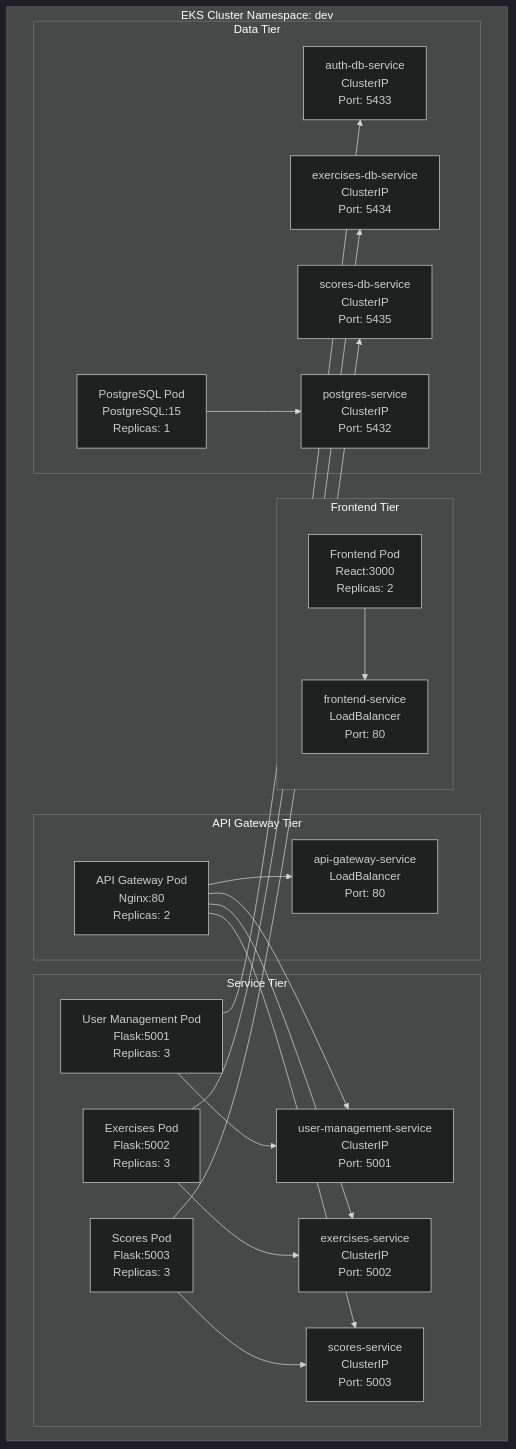
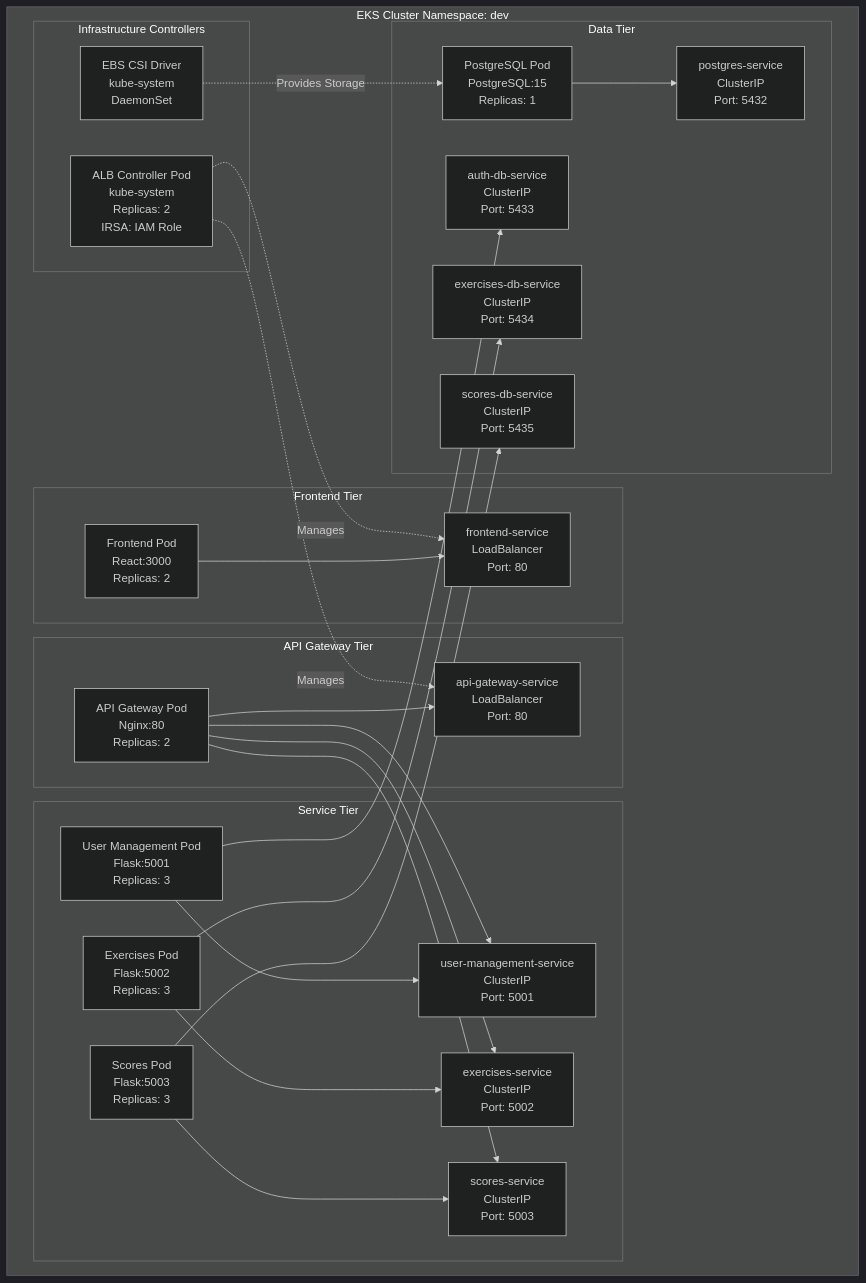
Before and after one commit to NT114DevSecOpsProject/NT114_DevSecOps_Project: the fourth of 21 diagrams in docs/system-architecture.md, drawn with Mermaid (dark theme). The commit also changed other lines of this file and 13 other files, not shown here.

First line of the commit message:
refactor: reorganize ALB controller module and update infrastructure configs

````diff
--- a/docs/system-architecture.md
+++ b/docs/system-architecture.md
@@ -116,46 +148,54 @@
 ```mermaid
 graph TB
     subgraph "EKS Cluster Namespace: dev"
+        subgraph "Infrastructure Controllers"
+            ALB_CTRL[ALB Controller Pod<br/>kube-system<br/>Replicas: 2<br/>IRSA: IAM Role]
+            EBS_CSI[EBS CSI Driver<br/>kube-system<br/>DaemonSet]
+        end
+
         subgraph "Frontend Tier"
             FE_POD[Frontend Pod<br/>React:3000<br/>Replicas: 2]
             FE_SVC[frontend-service<br/>LoadBalancer<br/>Port: 80]
         end
 
         subgraph "API Gateway Tier"
             GW_POD[API Gateway Pod<br/>Nginx:80<br/>Replicas: 2]
             GW_SVC[api-gateway-service<br/>LoadBalancer<br/>Port: 80]
         end
 
         subgraph "Service Tier"
             UM_POD[User Management Pod<br/>Flask:5001<br/>Replicas: 3]
             ES_POD[Exercises Pod<br/>Flask:5002<br/>Replicas: 3]
             SS_POD[Scores Pod<br/>Flask:5003<br/>Replicas: 3]
 
             UM_SVC[user-management-service<br/>ClusterIP<br/>Port: 5001]
             ES_SVC[exercises-service<br/>ClusterIP<br/>Port: 5002]
             SS_SVC[scores-service<br/>ClusterIP<br/>Port: 5003]
         end
 
         subgraph "Data Tier"
             PG_POD[PostgreSQL Pod<br/>PostgreSQL:15<br/>Replicas: 1]
             PG_SVC[postgres-service<br/>ClusterIP<br/>Port: 5432]
 
             AUTH_DB[auth-db-service<br/>ClusterIP<br/>Port: 5433]
             EX_DB[exercises-db-service<br/>ClusterIP<br/>Port: 5434]
             SCORE_DB[scores-db-service<br/>ClusterIP<br/>Port: 5435]
         end
     end
 
+    ALB_CTRL -.->|Manages| FE_SVC
+    ALB_CTRL -.->|Manages| GW_SVC
+    EBS_CSI -.->|Provides Storage| PG_POD
     FE_POD --> FE_SVC
     GW_POD --> GW_SVC
     GW_POD --> UM_SVC
     GW_POD --> ES_SVC
     GW_POD --> SS_SVC
     UM_POD --> UM_SVC
     ES_POD --> ES_SVC
     SS_POD --> SS_SVC
     UM_POD --> AUTH_DB
     ES_POD --> EX_DB
     SS_POD --> SCORE_DB
     PG_POD --> PG_SVC
 ```
````
